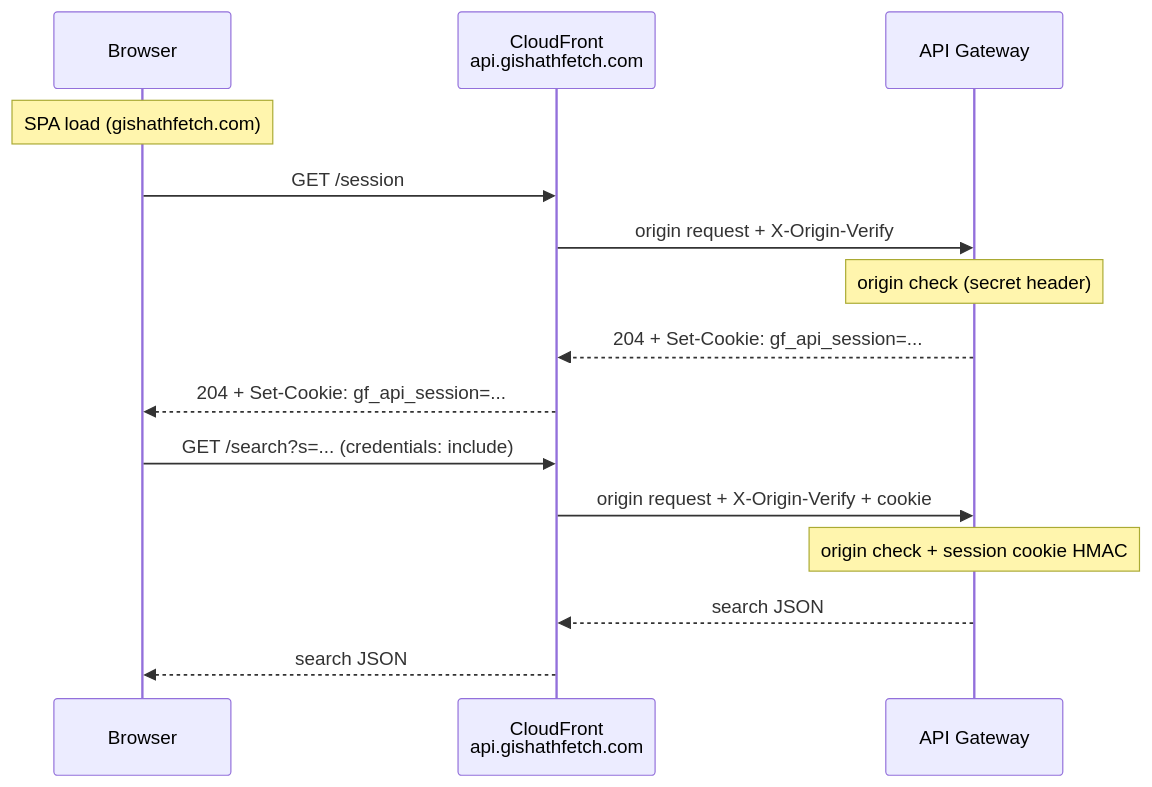
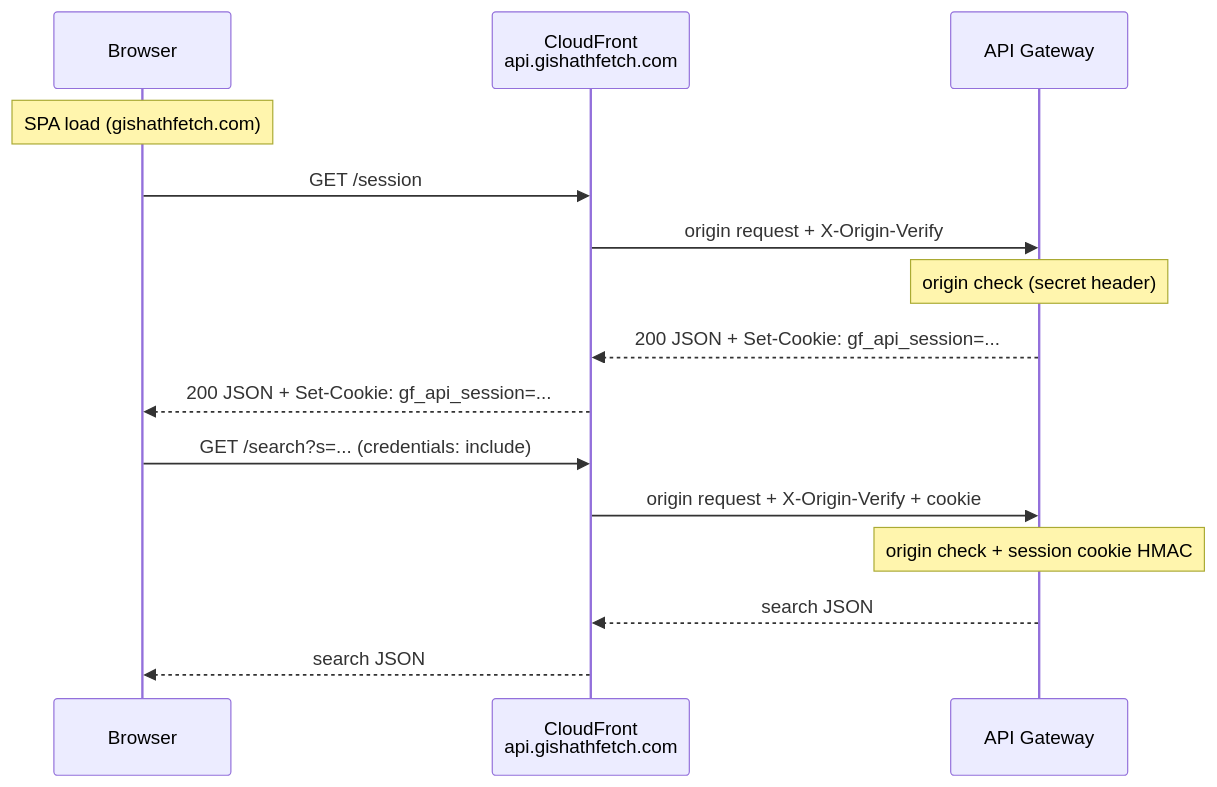
Before and after one commit to xenodus/gishathfetch: the diagram in docs/api-abuse-mitigation.md, drawn with Mermaid. The commit also changed other lines of this file and 6 other files, not shown here.

````diff
--- a/docs/api-abuse-mitigation.md
+++ b/docs/api-abuse-mitigation.md
@@ -23,18 +23,18 @@
 ```mermaid
 sequenceDiagram
     participant U as Browser
     participant CF as CloudFront<br/>api.gishathfetch.com
     participant API as API Gateway
 
     Note over U: SPA load (gishathfetch.com)
     U->>CF: GET /session
     CF->>API: origin request + X-Origin-Verify
     Note over API: origin check (secret header)
-    API-->>CF: 204 + Set-Cookie: gf_api_session=...
-    CF-->>U: 204 + Set-Cookie: gf_api_session=...
+    API-->>CF: 200 JSON + Set-Cookie: gf_api_session=...
+    CF-->>U: 200 JSON + Set-Cookie: gf_api_session=...
     U->>CF: GET /search?s=... (credentials: include)
     CF->>API: origin request + X-Origin-Verify + cookie
     Note over API: origin check + session cookie HMAC
     API-->>CF: search JSON
     CF-->>U: search JSON
 ```
````
